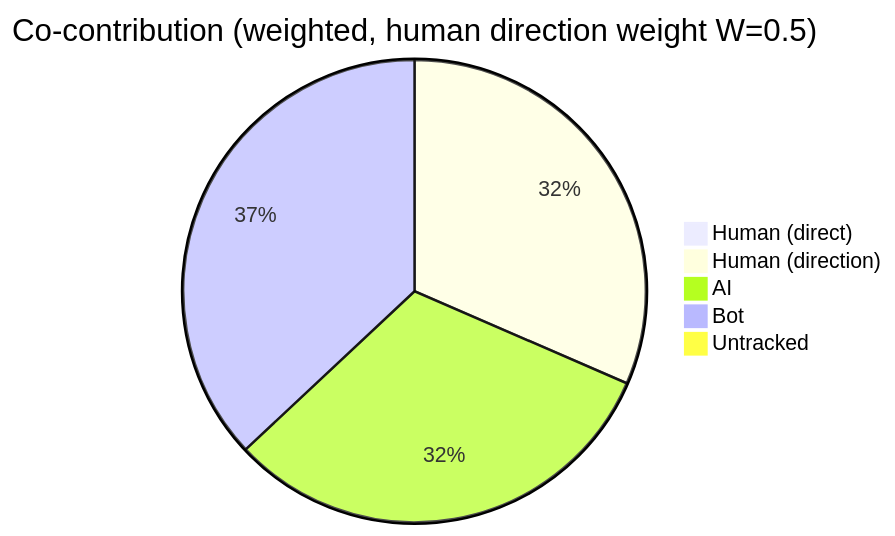
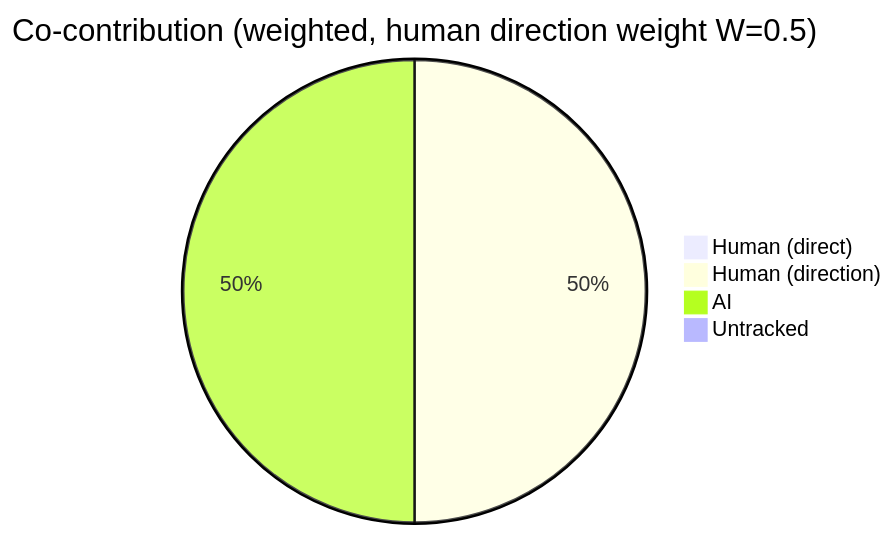
One commit to CaliMark/ai-authorship changed the first of 4 diagrams in AI-AUTHORSHIP.md. Above: the diagram before and after it, drawn with Mermaid. The commit also changed other lines of this file and 2 other files, not shown here.

````diff
--- a/AI-AUTHORSHIP.md
+++ b/AI-AUTHORSHIP.md
@@ -23,8 +23,7 @@
 ```mermaid
 pie title Co-contribution (weighted, human direction weight W=0.5)
     "Human (direct)" : 0
     "Human (direction)" : 1488
     "AI" : 1488
-    "Bot" : 1746
     "Untracked" : 0
 ```
````
